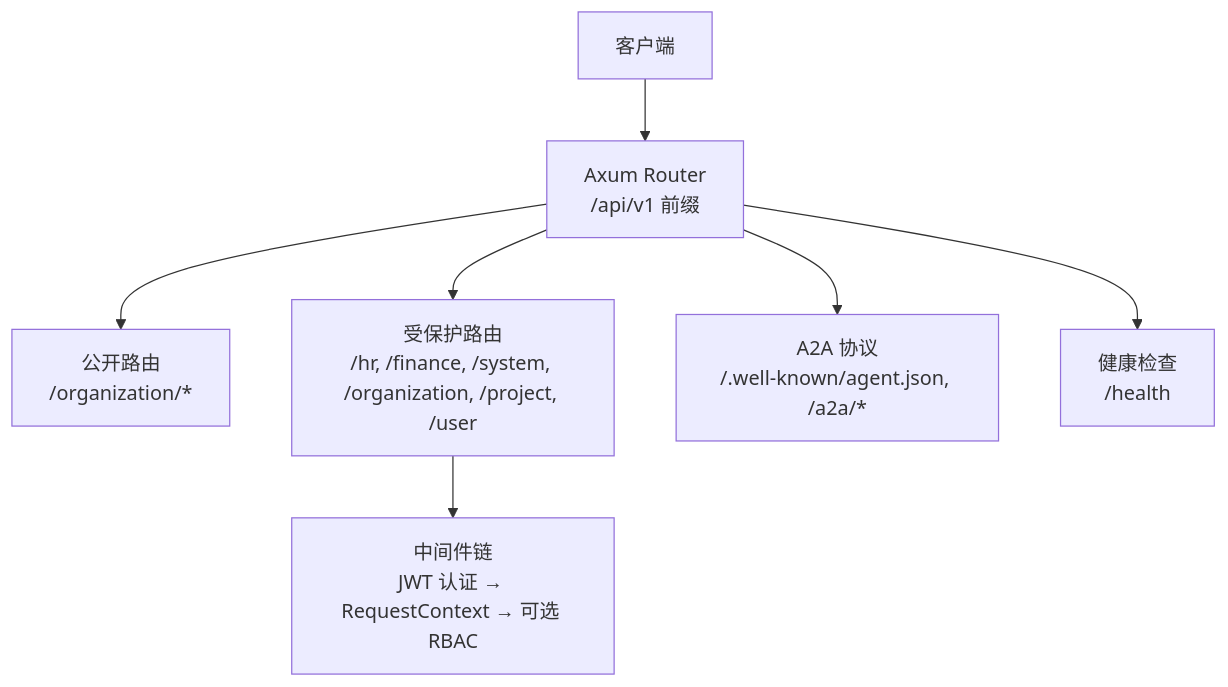
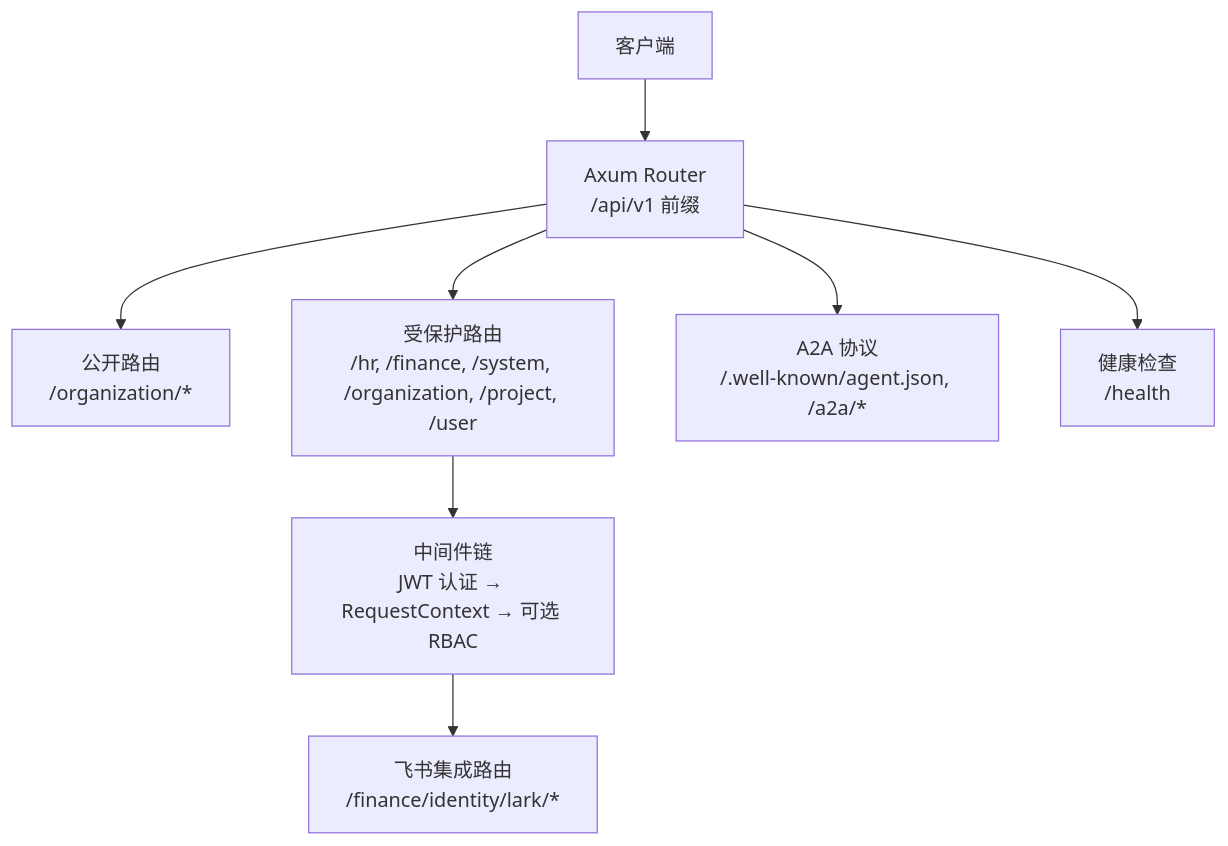
The first of 3 diagrams in .qoder/repowiki/zh/content/API 参考/RESTful API/RESTful API.md (runningcoders/ai_orz), drawn with Mermaid before and after one commit. The commit also changed other lines of this file and 9 other files, not shown here.

````diff
--- a/.qoder/repowiki/zh/content/API 参考/RESTful API/RESTful API.md
+++ b/.qoder/repowiki/zh/content/API 参考/RESTful API/RESTful API.md
@@ -38,9 +59,10 @@
 ```mermaid
 graph TB
 A["客户端"] --> B["Axum Router<br/>/api/v1 前缀"]
 B --> C["公开路由<br/>/organization/*"]
 B --> D["受保护路由<br/>/hr, /finance, /system, /organization, /project, /user"]
 B --> E["A2A 协议<br/>/.well-known/agent.json, /a2a/*"]
 B --> F["健康检查<br/>/health"]
 D --> G["中间件链<br/>JWT 认证 → RequestContext → 可选 RBAC"]
+G --> H["飞书集成路由<br/>/finance/identity/lark/*"]
 ```
````
